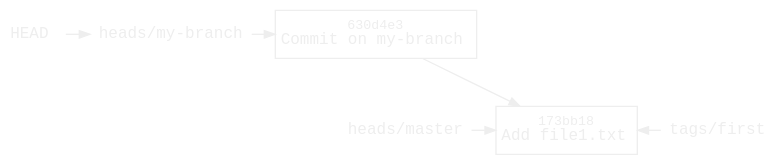
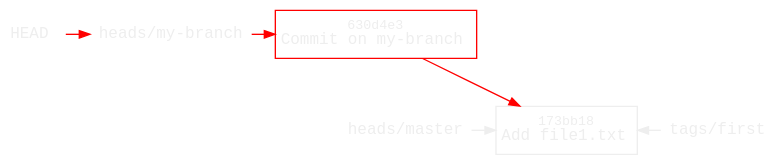
Before and after one commit to williamvds/website: the diagram in content/blog/git/branch-commit.dot, drawn with Graphviz. The commit also changed 11 other files, not shown here.

Commit message:
blog: Git: highlight changes in history diagrams

```diff
--- a/content/blog/git/branch-commit.dot
+++ b/content/blog/git/branch-commit.dot
@@ -1,34 +1,35 @@
 digraph branch {
     bgcolor = transparent
     color = white
 
     node [fontname=monospace fontsize=12 fontcolor="#eeeeee"
           margin="0.06,0.1" height=0 color="#eeeeee"]
     edge [fontcolor="#eeeeee" color="#eeeeee" arrowsize=0.8]
 
     node [shape=box labeldistance=0.2]
     "173bb18" [label=<<font point-size="10">173bb18</font><br/>Add file1.txt>]
-    "630d4e3" [label=<<font point-size="10">630d4e3</font><br/>Commit on my-branch>]
+    "630d4e3" [label=<<font point-size="10">630d4e3</font><br/>Commit on my-branch>
+        color=red]
     master_invis [style=invis]
 
     node [shape=none margin=0.05 height=0]
     HEAD
     my_branch [label="heads/my-branch"]
     master [label="heads/master"]
     first [label="tags/first"]
 
-    "630d4e3" -> "173bb18"
+    "630d4e3" -> "173bb18" [color=red]
     master_invis -> "173bb18" [weight=2 style=invis]
 
     {
         rank = same
         master -> "173bb18"
         first -> "173bb18" [constraint=false]
     }
 
     {
         rank = same
-        HEAD -> my_branch
-        my_branch -> "630d4e3"
+        HEAD -> my_branch [color=red]
+        my_branch -> "630d4e3" [color=red]
     }
 }
```
